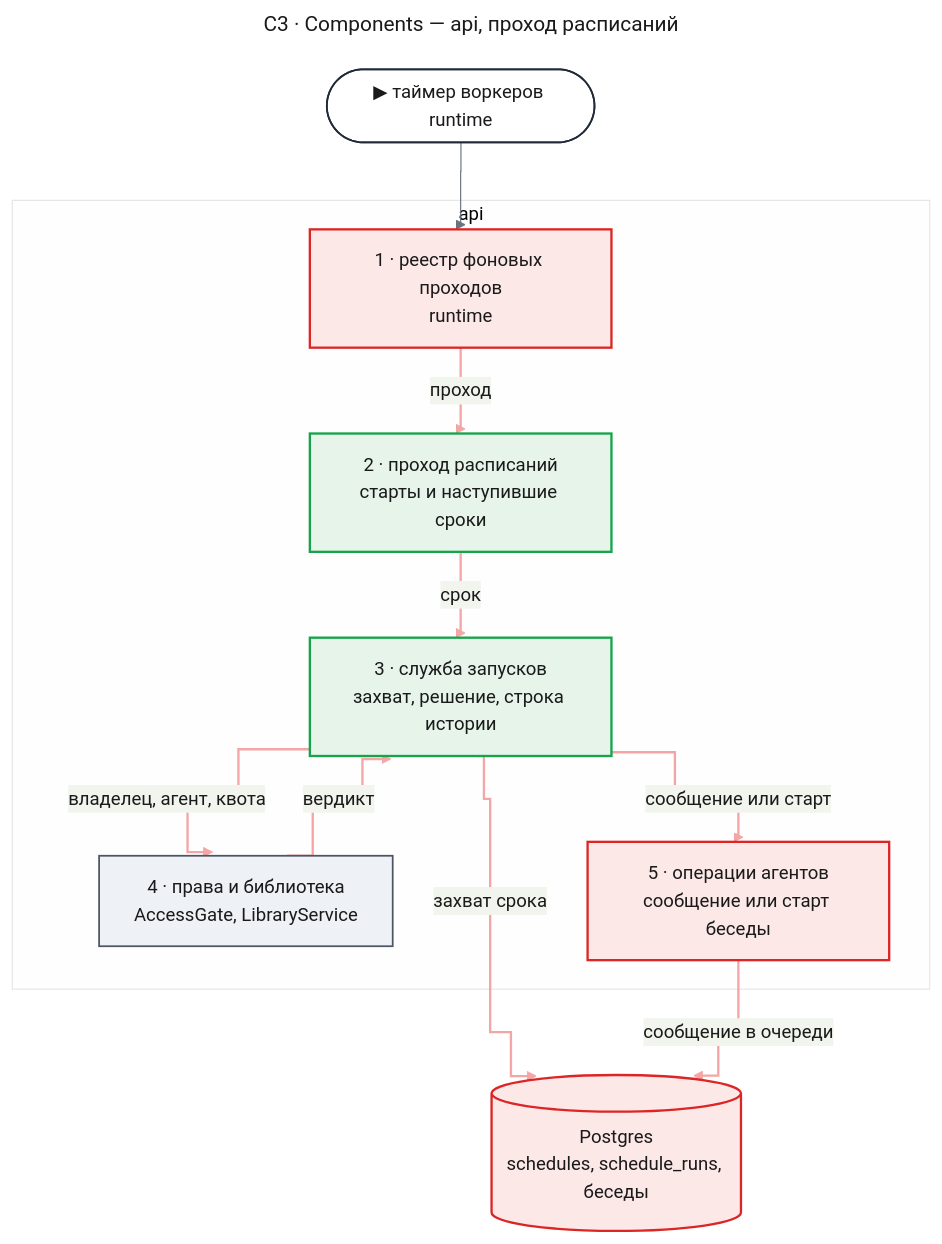
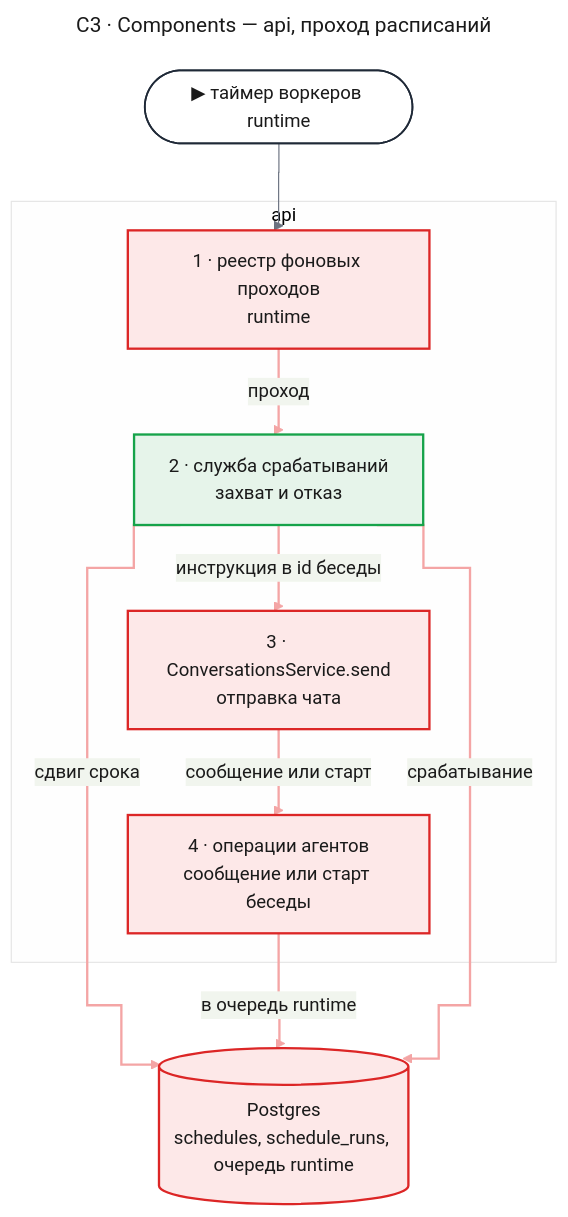
The second of 7 diagrams in docs/features/schedules-search-memory/design-schedules.md (tundraray/agent-os), drawn with Mermaid before and after one commit. The commit also changed other lines of this file and 10 other files, not shown here.

Commit message:
docs: describe schedules as a trigger of a send

````diff
--- a/docs/features/schedules-search-memory/design-schedules.md
+++ b/docs/features/schedules-search-memory/design-schedules.md
@@ -232,58 +234,53 @@
 ```mermaid
 ---
 title: "C3 · Components — api, проход расписаний"
 config:
   theme: base
   look: classic
   themeVariables:
     primaryColor: "#eef1f5"
     primaryBorderColor: "#4b5563"
     primaryTextColor: "#1a1a1a"
     lineColor: "#6b7280"
   flowchart:
     curve: step
   themeCSS: |
-    @keyframes lit_c3p{0%,12.86%{stroke:#991b1b;stroke-width:6px}14.29%,100%{stroke:#f4a5a5;stroke-width:2px}}
+    @keyframes lit_c3p{0%,15%{stroke:#991b1b;stroke-width:6px}16.67%,100%{stroke:#f4a5a5;stroke-width:2px}}
 ---
 flowchart TB
     entry(["▶ таймер воркеров runtime"])
     subgraph api["api"]
         reg["1 · реестр фоновых проходов<br/>runtime"]
-        pass["2 · проход расписаний<br/>старты и наступившие сроки"]
-        svc["3 · служба запусков<br/>захват, решение, строка истории"]
-        gate["4 · права и библиотека<br/>AccessGate, LibraryService"]
-        ops["5 · операции агентов<br/>сообщение или старт беседы"]
+        trig["2 · служба срабатываний<br/>захват и отказ"]
+        chat["3 · ConversationsService.send<br/>отправка чата"]
+        ops["4 · операции агентов<br/>сообщение или старт беседы"]
     end
-    db[("Postgres<br/>schedules, schedule_runs, беседы")]
+    db[("Postgres<br/>schedules, schedule_runs, очередь runtime")]
     entry --> reg
-    reg e1@-->|"проход"| pass
-    pass e2@-->|"срок"| svc
-    svc e3@-->|"захват срока"| db
-    svc e4@-->|"владелец, агент, квота"| gate
-    gate e5@-->|"вердикт"| svc
-    svc e6@-->|"сообщение или старт"| ops
-    ops e7@-->|"сообщение в очереди"| db
+    reg e1@-->|"проход"| trig
+    trig e2@-->|"сдвиг срока"| db
+    trig e3@-->|"инструкция в id беседы"| chat
+    chat e4@-->|"сообщение или старт"| ops
+    ops e5@-->|"в очередь runtime"| db
+    trig e6@-->|"срабатывание"| db
     classDef entry fill:#ffffff,stroke:#1f2937,stroke-width:1.5px,color:#1a1a1a
     classDef changed fill:#fde8e8,stroke:#dc2626,stroke-width:2px,color:#1a1a1a
     classDef new fill:#e6f4ea,stroke:#16a34a,stroke-width:2px,color:#1a1a1a
     classDef unchanged fill:#eef1f5,stroke:#4b5563,stroke-width:1.5px,color:#1a1a1a
-    classDef w1 stroke:#f4a5a5,stroke-width:2px,animation:lit_c3p 8.4s linear 0s infinite
-    classDef w2 stroke:#f4a5a5,stroke-width:2px,animation:lit_c3p 8.4s linear 1.2s infinite
-    classDef w3 stroke:#f4a5a5,stroke-width:2px,animation:lit_c3p 8.4s linear 2.4s infinite
-    classDef w4 stroke:#f4a5a5,stroke-width:2px,animation:lit_c3p 8.4s linear 3.6s infinite
-    classDef w5 stroke:#f4a5a5,stroke-width:2px,animation:lit_c3p 8.4s linear 4.8s infinite
-    classDef w6 stroke:#f4a5a5,stroke-width:2px,animation:lit_c3p 8.4s linear 6s infinite
-    classDef w7 stroke:#f4a5a5,stroke-width:2px,animation:lit_c3p 8.4s linear 7.2s infinite
+    classDef w1 stroke:#f4a5a5,stroke-width:2px,animation:lit_c3p 7.2s linear 0s infinite
+    classDef w2 stroke:#f4a5a5,stroke-width:2px,animation:lit_c3p 7.2s linear 1.2s infinite
+    classDef w3 stroke:#f4a5a5,stroke-width:2px,animation:lit_c3p 7.2s linear 2.4s infinite
+    classDef w4 stroke:#f4a5a5,stroke-width:2px,animation:lit_c3p 7.2s linear 3.6s infinite
+    classDef w5 stroke:#f4a5a5,stroke-width:2px,animation:lit_c3p 7.2s linear 4.8s infinite
+    classDef w6 stroke:#f4a5a5,stroke-width:2px,animation:lit_c3p 7.2s linear 6s infinite
     class entry entry
-    class reg,ops changed
-    class pass,svc new
-    class gate unchanged
-    class db changed
+    class reg changed
+    class trig new
+    class chat,ops,db changed
     class e1 w1
     class e2 w2
     class e3 w3
     class e4 w4
     class e5 w5
     class e6 w6
-    class e7 w7
 ```
````
